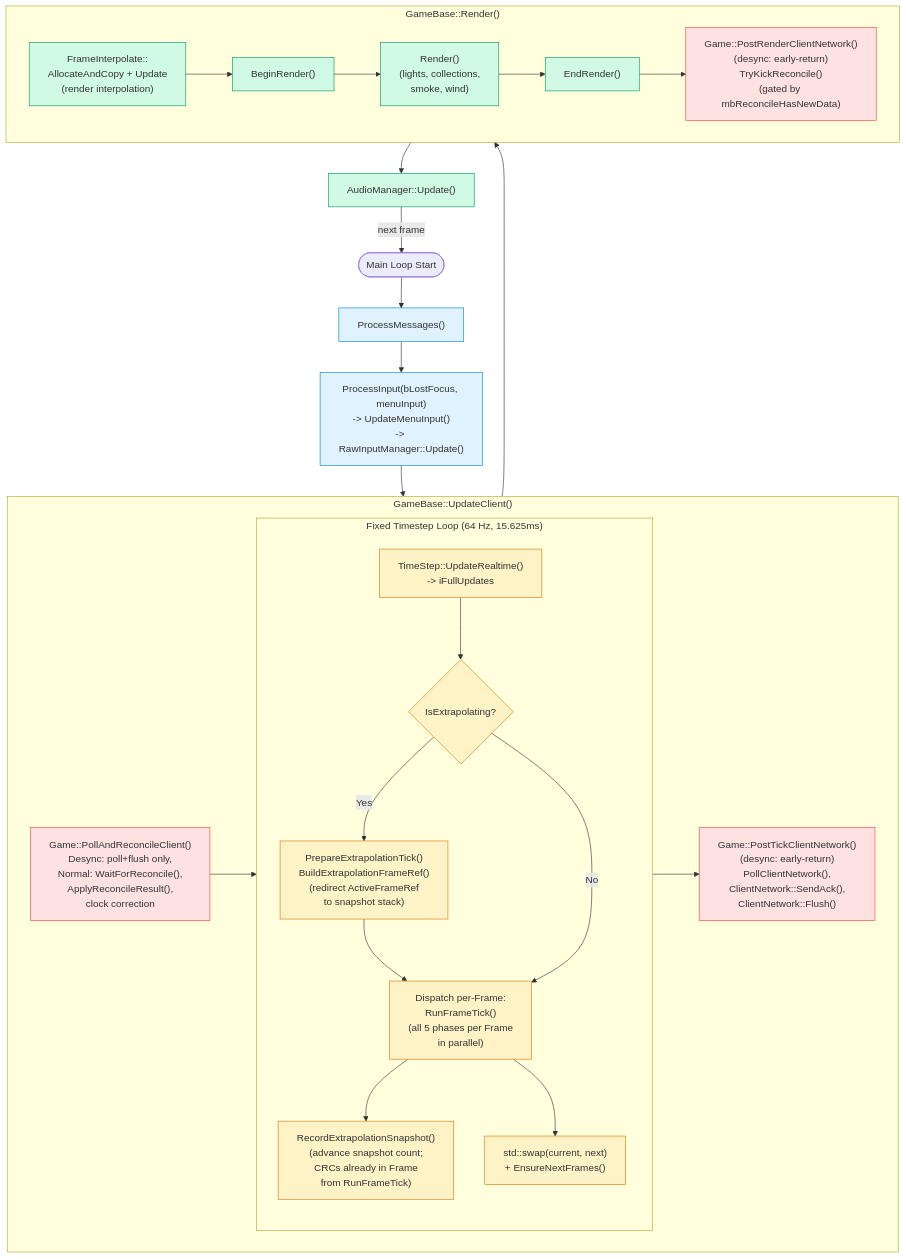
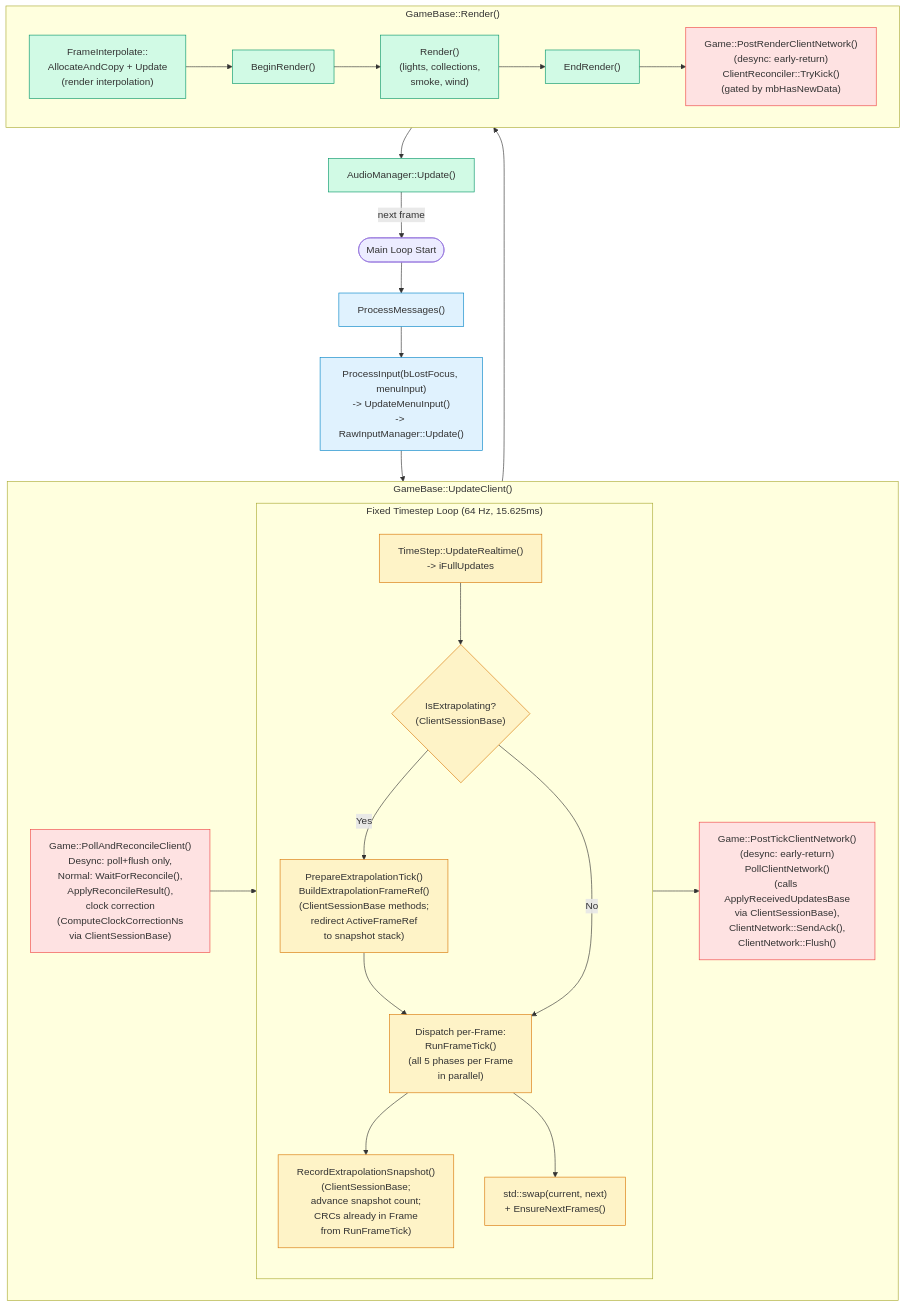
The second of 5 diagrams in Documents/Architecture/FrameUpdatePipeline.md (DougTanner/BrokenEnginePublic), drawn with Mermaid before and after one commit. The commit also changed other lines of this file and 116 other files, not shown here.

````diff
--- a/Documents/Architecture/FrameUpdatePipeline.md
+++ b/Documents/Architecture/FrameUpdatePipeline.md
@@ -55,51 +55,51 @@
 ```mermaid
 %%{init: {'theme': 'default'}}%%
 flowchart TD
     classDef input fill:#e0f2fe,stroke:#0284c7
     classDef physics fill:#fef3c7,stroke:#d97706
     classDef network fill:#fee2e2,stroke:#ef4444
     classDef render fill:#d1fae5,stroke:#059669
 
     start(["Main Loop Start"])
 
     msgs["ProcessMessages()"]:::input
 
     preupdate["ProcessInput(bLostFocus, menuInput)<br/>-> UpdateMenuInput()<br/>-> RawInputManager::Update()"]:::input
 
     subgraph tick_frames ["GameBase::UpdateClient()"]
-        poll_reconcile["Game::PollAndReconcileClient()<br/>Desync: poll+flush only,<br/>Normal: WaitForReconcile(),<br/>ApplyReconcileResult(),<br/>clock correction"]:::network
+        poll_reconcile["Game::PollAndReconcileClient()<br/>Desync: poll+flush only,<br/>Normal: WaitForReconcile(),<br/>ApplyReconcileResult(),<br/>clock correction<br/>(ComputeClockCorrectionNs<br/>via ClientSessionBase)"]:::network
 
         subgraph physics_loop ["Fixed Timestep Loop (64 Hz, 15.625ms)"]
             ts["TimeStep::UpdateRealtime()<br/>-> iFullUpdates"]:::physics
-            extrap_check{"IsExtrapolating?"}:::physics
-            extrap_prep["PrepareExtrapolationTick()<br/>BuildExtrapolationFrameRef()<br/>(redirect ActiveFrameRef<br/>to snapshot stack)"]:::physics
+            extrap_check{"IsExtrapolating?<br/>(ClientSessionBase)"}:::physics
+            extrap_prep["PrepareExtrapolationTick()<br/>BuildExtrapolationFrameRef()<br/>(ClientSessionBase methods;<br/>redirect ActiveFrameRef<br/>to snapshot stack)"]:::physics
             dispatch["Dispatch per-Frame:<br/>RunFrameTick()<br/>(all 5 phases per Frame<br/>in parallel)"]:::physics
-            extrap_record["RecordExtrapolationSnapshot()<br/>(advance snapshot count;<br/>CRCs already in Frame<br/>from RunFrameTick)"]:::physics
+            extrap_record["RecordExtrapolationSnapshot()<br/>(ClientSessionBase;<br/>advance snapshot count;<br/>CRCs already in Frame<br/>from RunFrameTick)"]:::physics
             frame_swap["std::swap(current, next)<br/>+ EnsureNextFrames()"]:::physics
             ts --> extrap_check
             extrap_check -->|"Yes"| extrap_prep --> dispatch --> extrap_record
             extrap_check -->|"No"| dispatch --> frame_swap
         end
 
-        post_tick["Game::PostTickClientNetwork()<br/>(desync: early-return)<br/>PollClientNetwork(),<br/>ClientNetwork::SendAck(),<br/>ClientNetwork::Flush()"]:::network
+        post_tick["Game::PostTickClientNetwork()<br/>(desync: early-return)<br/>PollClientNetwork()<br/>(calls ApplyReceivedUpdatesBase<br/>via ClientSessionBase),<br/>ClientNetwork::SendAck(),<br/>ClientNetwork::Flush()"]:::network
 
         poll_reconcile --> physics_loop --> post_tick
     end
 
     subgraph render_method ["GameBase::Render()"]
         r_interp["FrameInterpolate::<br/>AllocateAndCopy + Update<br/>(render interpolation)"]:::render
         r_begin["BeginRender()"]:::render
         r_main["Render()<br/>(lights, collections,<br/>smoke, wind)"]:::render
         r_end["EndRender()"]:::render
 
-        post_render["Game::PostRenderClientNetwork()<br/>(desync: early-return)<br/>TryKickReconcile()<br/>(gated by mbReconcileHasNewData)"]:::network
+        post_render["Game::PostRenderClientNetwork()<br/>(desync: early-return)<br/>ClientReconciler::TryKick()<br/>(gated by mbHasNewData)"]:::network
 
         r_interp --> r_begin --> r_main --> r_end --> post_render
     end
 
     audio["AudioManager::Update()"]:::render
 
     start --> msgs --> preupdate --> tick_frames
     tick_frames --> render_method --> audio
     audio -->|next frame| start
 ```
````
